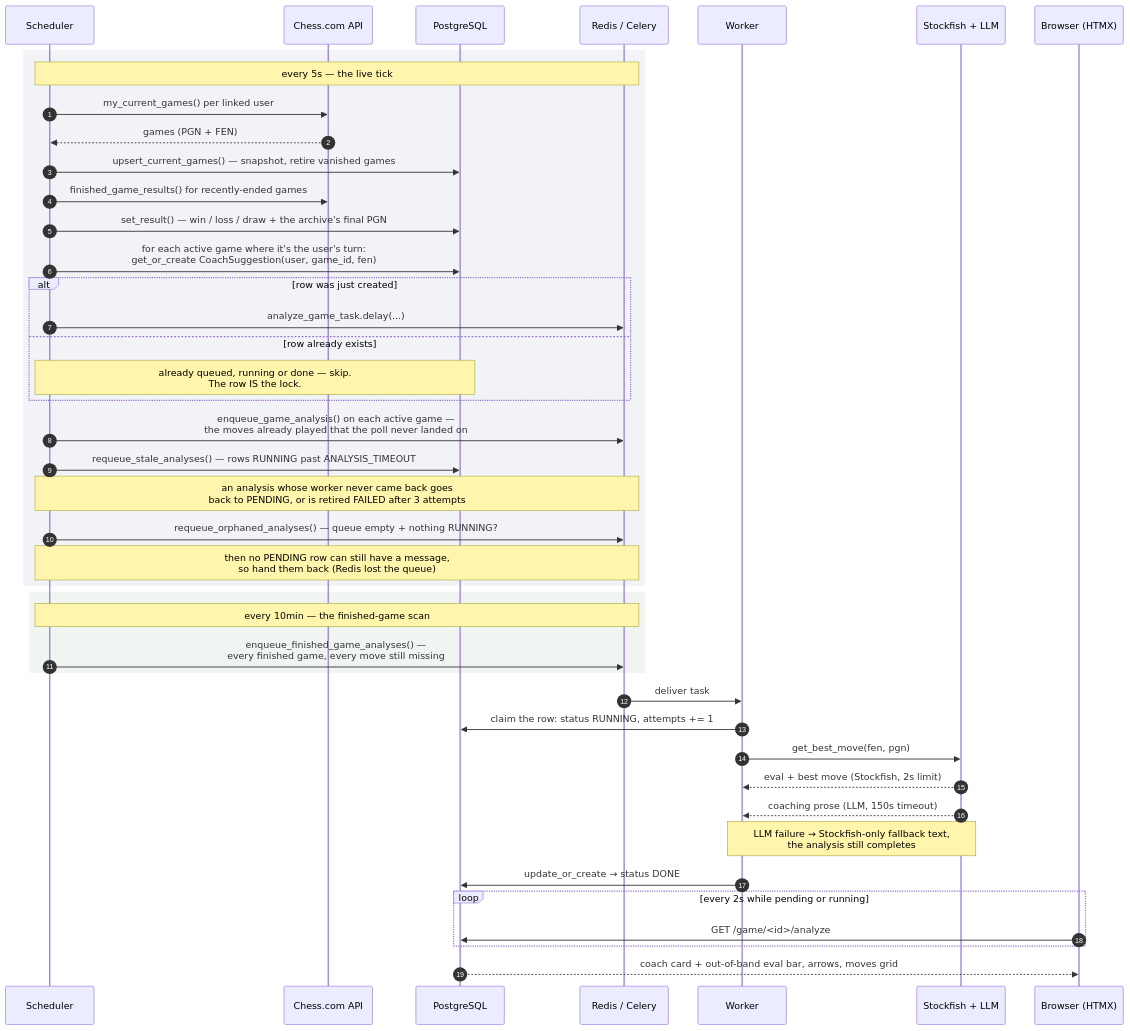
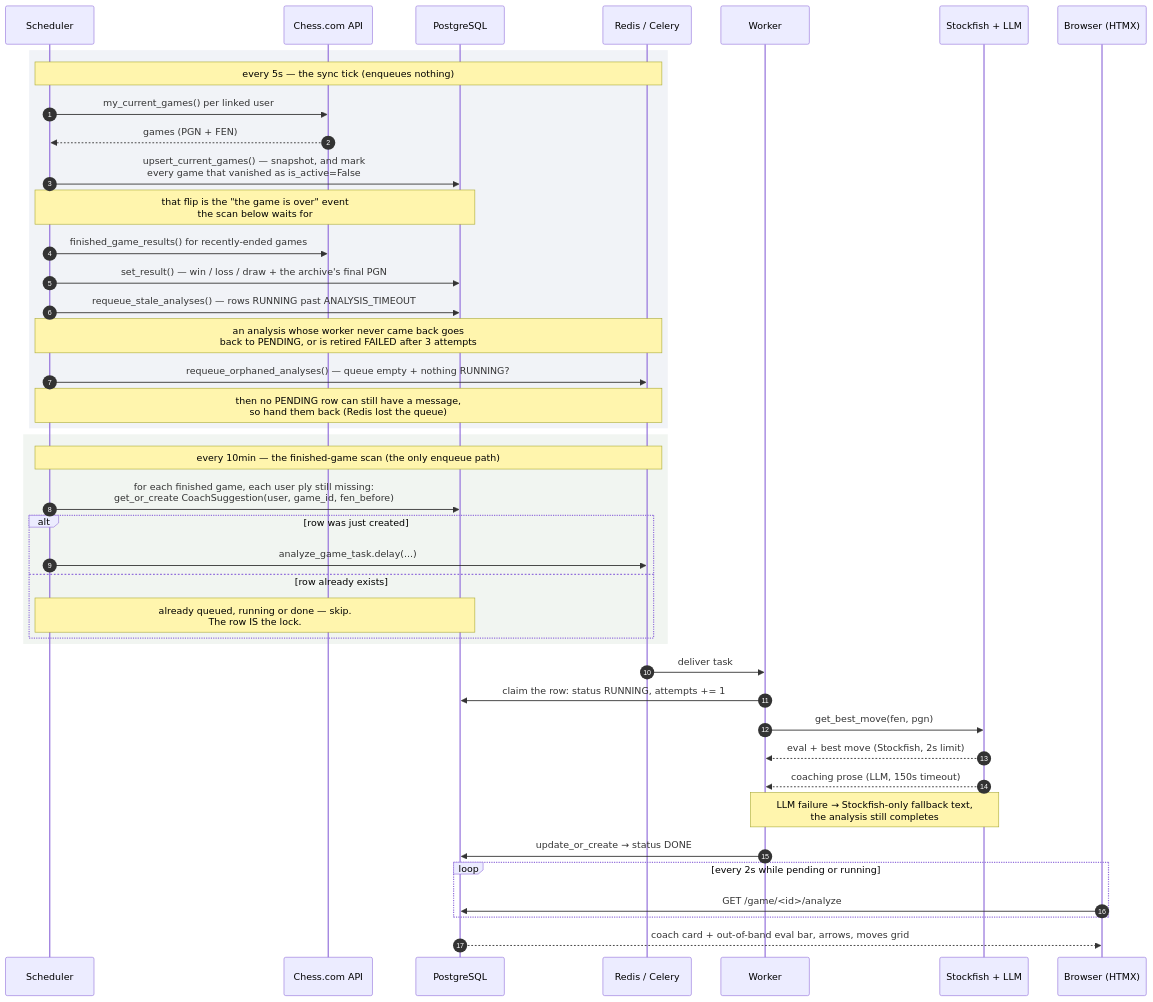
The second of 2 diagrams in docs/architecture.md (gab-25/chessdotcom_ai_coach), drawn with Mermaid before and after one commit. The commit also changed other lines of this file and 24 other files, not shown here.

````diff
--- a/docs/architecture.md
+++ b/docs/architecture.md
@@ -61,51 +77,49 @@
 ```mermaid
 sequenceDiagram
     autonumber
     participant S as Scheduler
     participant C as Chess.com API
     participant DB as PostgreSQL
     participant Q as Redis / Celery
     participant W as Worker
     participant E as Stockfish + LLM
     participant B as Browser (HTMX)
 
     rect rgba(120,140,180,0.10)
-    Note over S,Q: every 5s — the live tick
+    Note over S,Q: every 5s — the sync tick (enqueues nothing)
     S->>C: my_current_games() per linked user
     C-->>S: games (PGN + FEN)
-    S->>DB: upsert_current_games() — snapshot, retire vanished games
+    S->>DB: upsert_current_games() — snapshot, and mark<br/>every game that vanished as is_active=False
+    Note over S,DB: that flip is the "the game is over" event<br/>the scan below waits for
     S->>C: finished_game_results() for recently-ended games
     S->>DB: set_result() — win / loss / draw + the archive's final PGN
-
-    S->>DB: for each active game where it's the user's turn:<br/>get_or_create CoachSuggestion(user, game_id, fen)
-    alt row was just created
-        S->>Q: analyze_game_task.delay(...)
-    else row already exists
-        Note over S,DB: already queued, running or done — skip.<br/>The row IS the lock.
-    end
-    S->>Q: enqueue_game_analysis() on each active game —<br/>the moves already played that the poll never landed on
 
     S->>DB: requeue_stale_analyses() — rows RUNNING past ANALYSIS_TIMEOUT
     Note over S,Q: an analysis whose worker never came back goes<br/>back to PENDING, or is retired FAILED after 3 attempts
     S->>Q: requeue_orphaned_analyses() — queue empty + nothing RUNNING?
     Note over S,Q: then no PENDING row can still have a message,<br/>so hand them back (Redis lost the queue)
     end
 
     rect rgba(120,160,120,0.10)
-    Note over S,Q: every 10min — the finished-game scan
-    S->>Q: enqueue_finished_game_analyses() —<br/>every finished game, every move still missing
+    Note over S,Q: every 10min — the finished-game scan (the only enqueue path)
+    S->>DB: for each finished game, each user ply still missing:<br/>get_or_create CoachSuggestion(user, game_id, fen_before)
+    alt row was just created
+        S->>Q: analyze_game_task.delay(...)
+    else row already exists
+        Note over S,DB: already queued, running or done — skip.<br/>The row IS the lock.
+    end
     end
 
     Q->>W: deliver task
     W->>DB: claim the row: status RUNNING, attempts += 1
     W->>E: get_best_move(fen, pgn)
     E-->>W: eval + best move (Stockfish, 2s limit)
     E-->>W: coaching prose (LLM, 150s timeout)
     Note over W,E: LLM failure → Stockfish-only fallback text,<br/>the analysis still completes
     W->>DB: update_or_create → status DONE
 
     loop every 2s while pending or running
         B->>DB: GET /game/<id>/analyze
     end
     DB-->>B: coach card + out-of-band eval bar, arrows, moves grid
 ```
````
